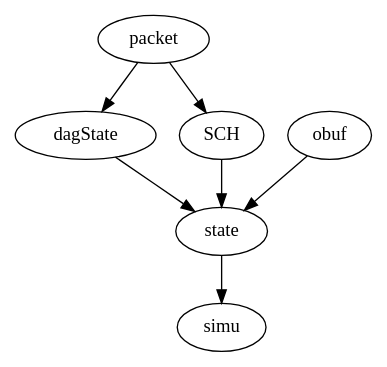
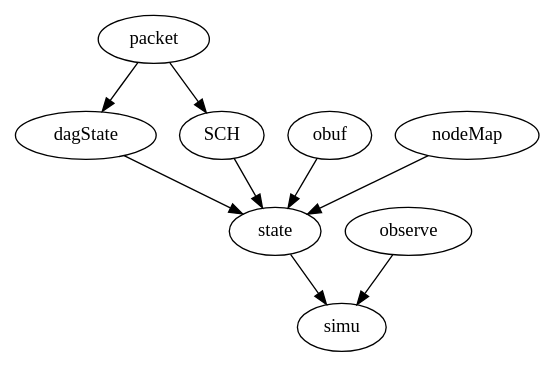
The diagram in doc/fileHierarchy.gv (CSAIL-Arch-Sec/DAGguise-verification), drawn with Graphviz before and after one commit. The commit also changed 7 other files, not shown here.

```diff
--- a/doc/fileHierarchy.gv
+++ b/doc/fileHierarchy.gv
@@ -1,10 +1,12 @@
 digraph G {
   "packet" -> "dagState";
   "packet" -> "SCH";
 
   "dagState" -> "state";
   "obuf" -> "state";
+  "nodeMap" -> "state";
   "SCH" -> "state";
 
   "state" -> "simu";
+  "observe" -> "simu";
 }
```
